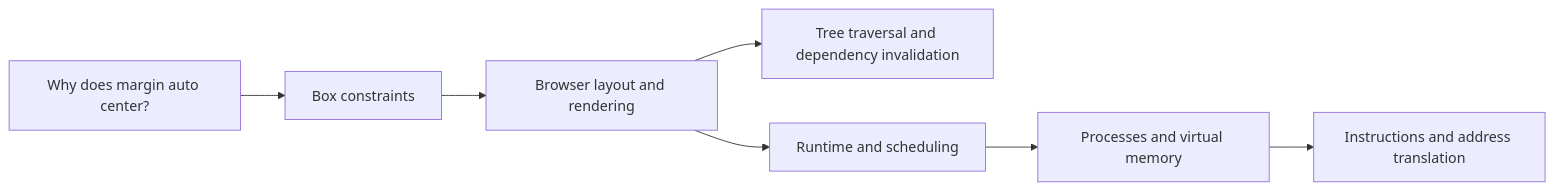
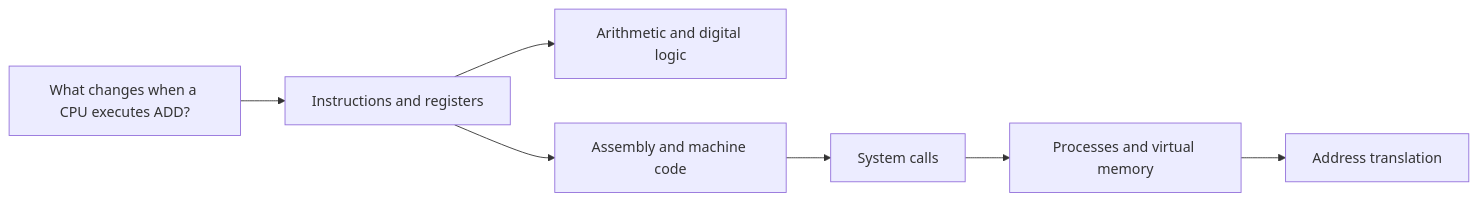
Before and after one commit to shreyasmanolkar/tantradnyan: the diagram in docs/DESIGN.md, drawn with Mermaid. The commit also changed other lines of this file and 3 other files, not shown here.

````diff
--- a/docs/DESIGN.md
+++ b/docs/DESIGN.md
@@ -119,9 +119,9 @@
 ```mermaid
 flowchart LR
-    question[Why does margin auto center?] --> layout[Box constraints]
-    layout --> rendering[Browser layout and rendering]
-    rendering --> algorithms[Tree traversal and dependency invalidation]
-    rendering --> runtime[Runtime and scheduling]
-    runtime --> processes[Processes and virtual memory]
-    processes --> architecture[Instructions and address translation]
+    question[What changes when a CPU executes ADD?] --> instructions[Instructions and registers]
+    instructions --> logic[Arithmetic and digital logic]
+    instructions --> assembly[Assembly and machine code]
+    assembly --> syscalls[System calls]
+    syscalls --> processes[Processes and virtual memory]
+    processes --> translation[Address translation]
 ```
````
